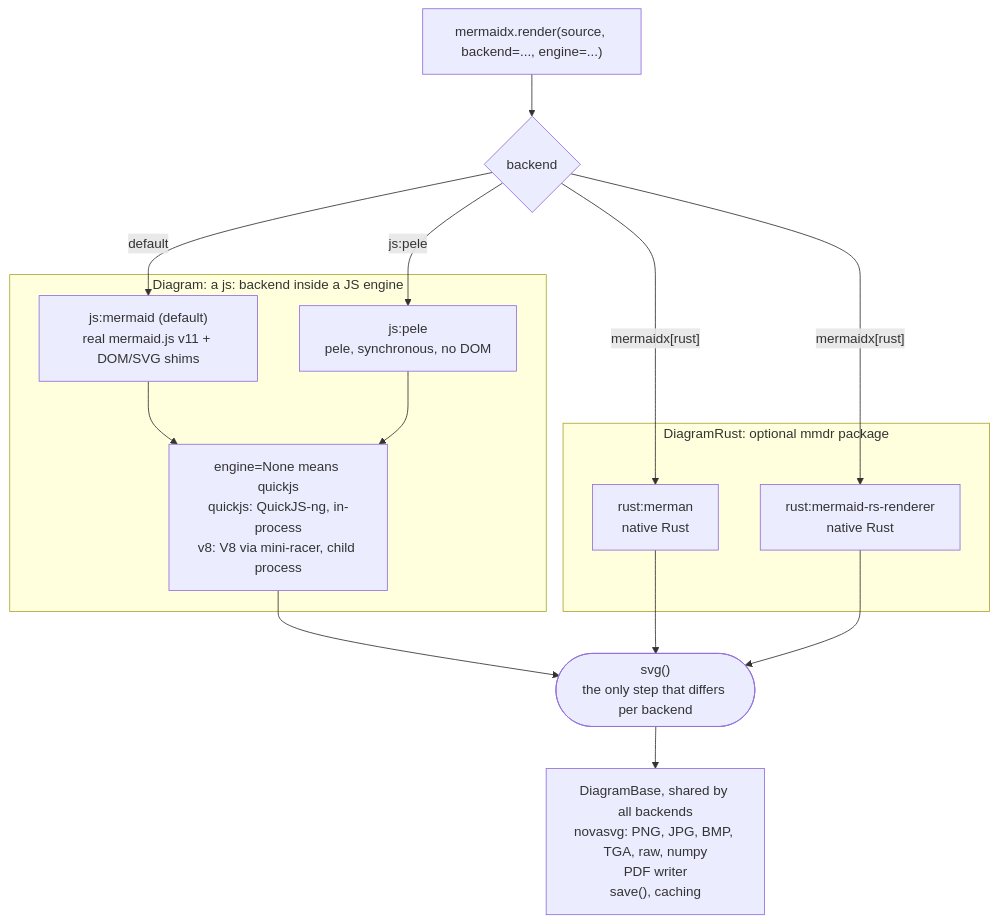
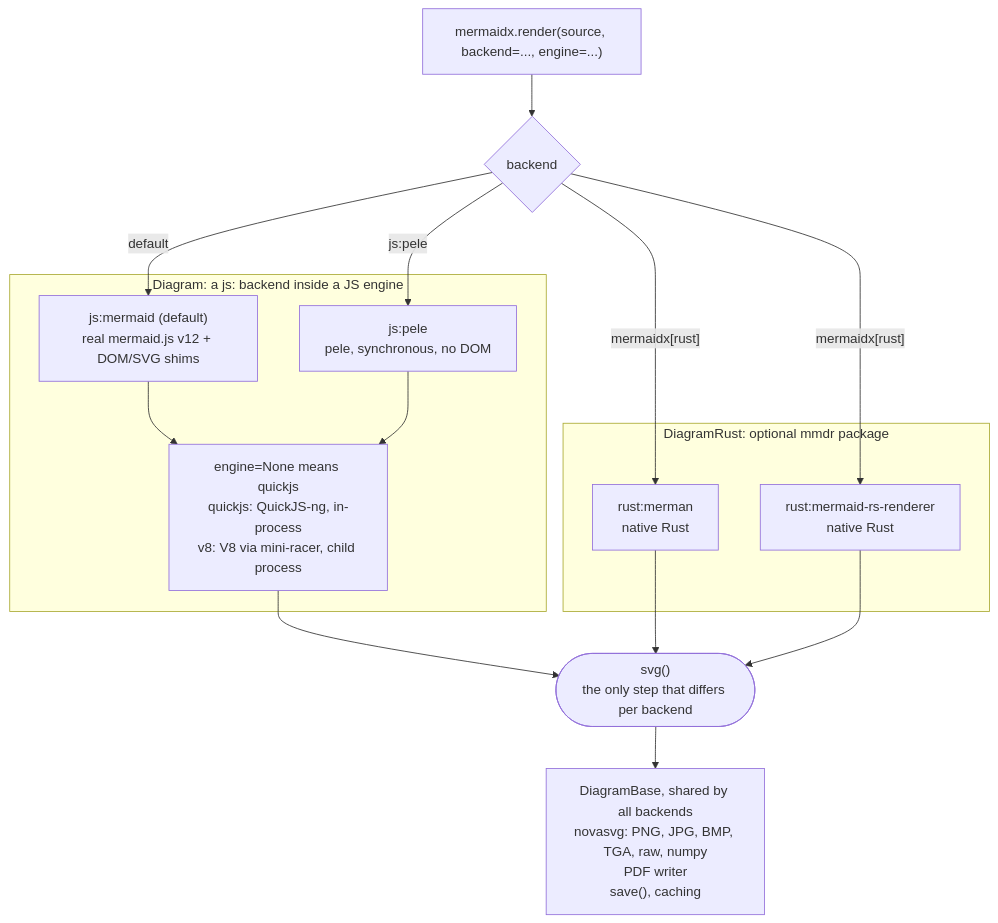
One commit to MohammadRaziei/mermaidx changed the second of 2 diagrams in README.md. Above: the diagram before and after it, drawn with Mermaid. The commit also changed other lines of this file and 6 other files, not shown here.

First line of the commit message:
chore: release v0.11.0 with mermaid-cli 12, pele renderer, and performance fixes

````diff
--- a/README.md
+++ b/README.md
@@ -191,28 +191,28 @@
 ```mermaid
 flowchart TB
     CALL["mermaidx.render(source, backend=..., engine=...)"] --> PICK{"backend"}
 
     subgraph JSB ["Diagram: a js: backend inside a JS engine"]
-        MJ["js:mermaid (default)<br/>real mermaid.js v11 + DOM/SVG shims"]
+        MJ["js:mermaid (default)<br/>real mermaid.js v12 + DOM/SVG shims"]
         PE["js:pele<br/>pele, synchronous, no DOM"]
         ENG["engine=None means quickjs<br/>quickjs: QuickJS-ng, in-process<br/>v8: V8 via mini-racer, child process"]
         MJ --> ENG
         PE --> ENG
     end
 
     subgraph RSB ["DiagramRust: optional mmdr package"]
         MM["rust:merman<br/>native Rust"]
         MR["rust:mermaid-rs-renderer<br/>native Rust"]
     end
 
     PICK -->|"default"| MJ
     PICK -->|"js:pele"| PE
     PICK -->|"mermaidx[rust]"| MM
     PICK -->|"mermaidx[rust]"| MR
 
     ENG --> SVG
     MM --> SVG
     MR --> SVG
 
     SVG(["svg()<br/>the only step that differs per backend"]) --> SHARED["DiagramBase, shared by all backends<br/>novasvg: PNG, JPG, BMP, TGA, raw, numpy<br/>PDF writer<br/>save(), caching"]
 ```
````
